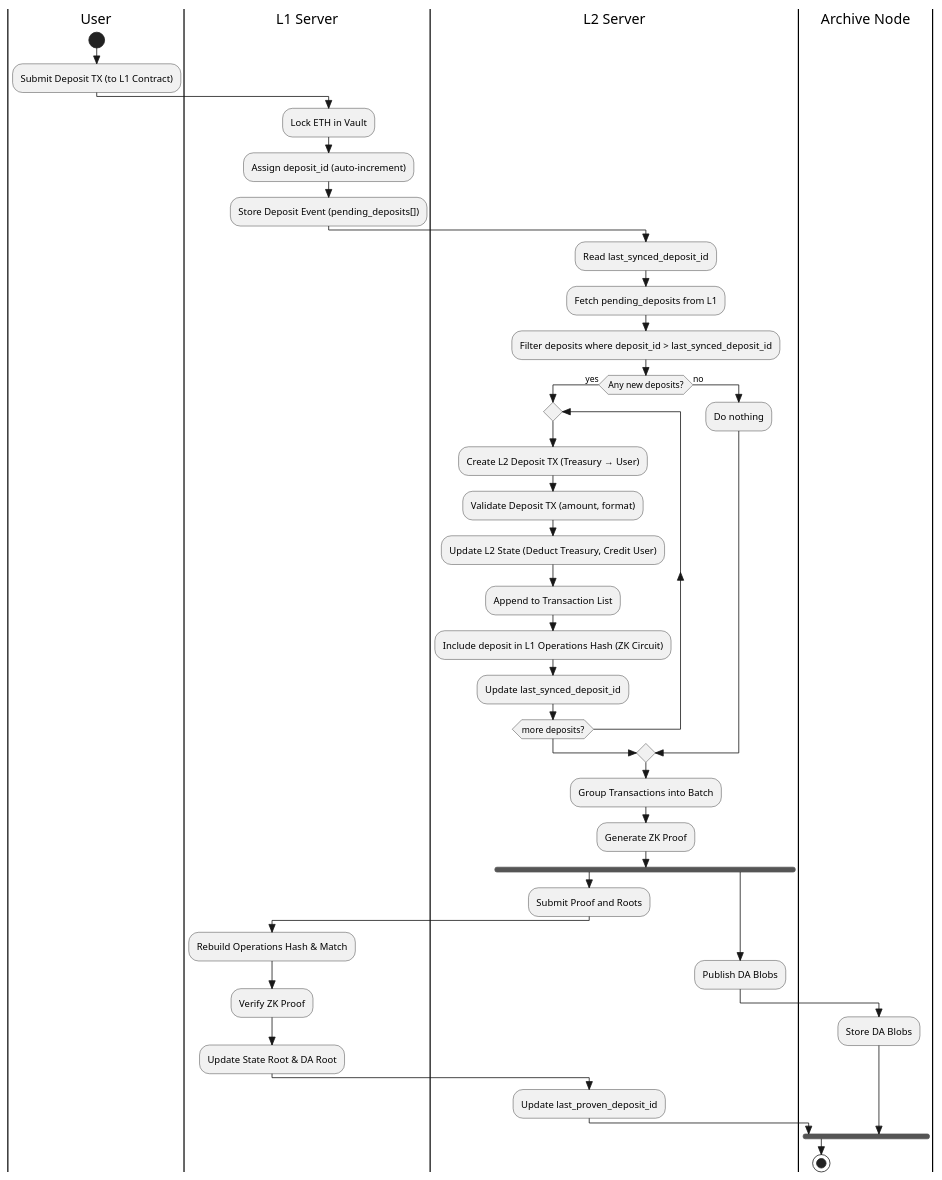
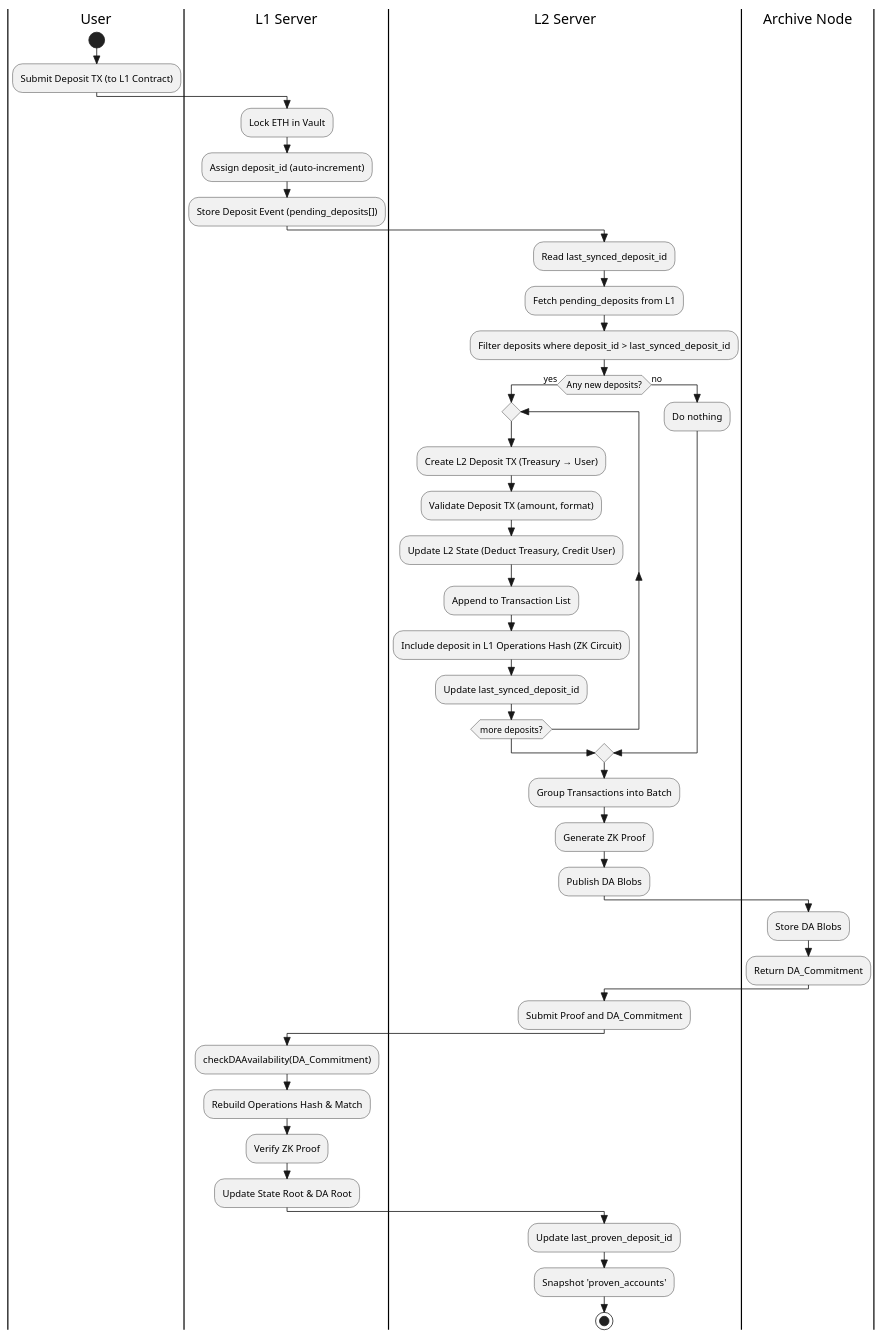
Before and after one commit to Mtdung290504/ZK-rollup-simulation: the diagram in .des/v1/activity/deposit.wsd, drawn with PlantUML. The commit also changed 16 other files, not shown here.

```diff
--- a/.des/v1/activity/deposit.wsd
+++ b/.des/v1/activity/deposit.wsd
@@ -1,57 +1,57 @@
 @startuml "Deposit Flow (L1 -> L2)"
 skinparam style strictuml
 
 |User|
 start
 :Submit Deposit TX (to L1 Contract);
 
 |L1 Server|
 :Lock ETH in Vault;
 :Assign deposit_id (auto-increment);
 :Store Deposit Event (pending_deposits[]);
 
 |L2 Server|
 :Read last_synced_deposit_id;
 
 :Fetch pending_deposits from L1;
 :Filter deposits where deposit_id > last_synced_deposit_id;
 
 if (Any new deposits?) then (yes)
 
   repeat
     :Create L2 Deposit TX (Treasury → User);
     :Validate Deposit TX (amount, format);
     :Update L2 State (Deduct Treasury, Credit User);
     :Append to Transaction List;
     :Include deposit in L1 Operations Hash (ZK Circuit);
 
     :Update last_synced_deposit_id;
 
   repeat while (more deposits?)
 
 else (no)
   :Do nothing;
 endif
 
 |L2 Server|
 :Group Transactions into Batch;
 :Generate ZK Proof;
 
-fork
-  |L2 Server|
-  :Submit Proof and Roots;
-  |L1 Server|
-  :Rebuild Operations Hash & Match;
-  :Verify ZK Proof;
-  :Update State Root & DA Root;
-  |L2 Server|
-  :Update last_proven_deposit_id;
-fork again
-  |L2 Server|
-  :Publish DA Blobs;
-  |Archive Node|
-  :Store DA Blobs;
-end fork
+|L2 Server|
+:Publish DA Blobs;
+|Archive Node|
+:Store DA Blobs;
+:Return DA_Commitment;
+|L2 Server|
+:Submit Proof and DA_Commitment;
+|L1 Server|
+:checkDAAvailability(DA_Commitment);
+:Rebuild Operations Hash & Match;
+:Verify ZK Proof;
+:Update State Root & DA Root;
+|L2 Server|
+:Update last_proven_deposit_id;
+:Snapshot 'proven_accounts';
 
 stop
 @enduml
```
